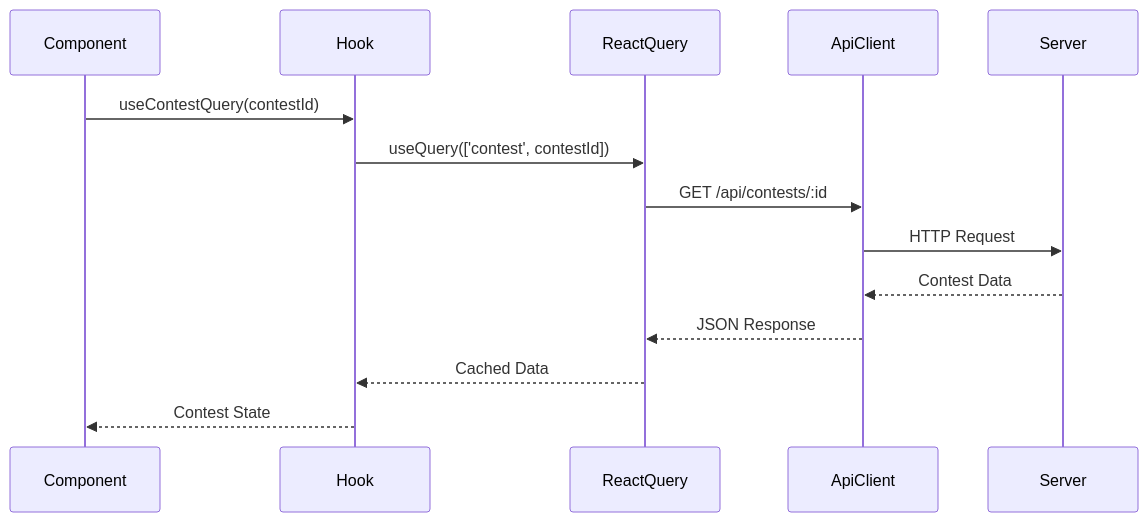
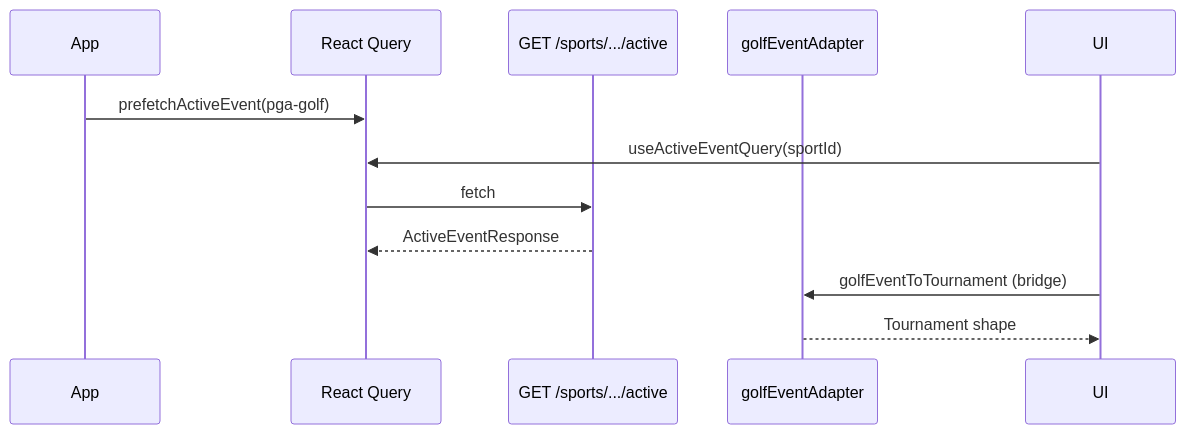
One commit to MagRelo/cut changed the first of 4 diagrams in spec/client/data-flow.md. Above: the diagram before and after it, drawn with Mermaid. The commit also changed other lines of this file and 214 other files, not shown here.

First line of the commit message:
Refactor platform architecture and enhance contest functionality

````diff
--- a/spec/client/data-flow.md
+++ b/spec/client/data-flow.md
@@ -44,17 +36,15 @@
 ```mermaid
 sequenceDiagram
-    participant Component
-    participant Hook
-    participant ReactQuery
-    participant ApiClient
-    participant Server
-    
-    Component->>Hook: useContestQuery(contestId)
-    Hook->>ReactQuery: useQuery(['contest', contestId])
-    ReactQuery->>ApiClient: GET /api/contests/:id
-    ApiClient->>Server: HTTP Request
-    Server-->>ApiClient: Contest Data
-    ApiClient-->>ReactQuery: JSON Response
-    ReactQuery-->>Hook: Cached Data
-    Hook-->>Component: Contest State
+  participant App
+  participant RQ as React Query
+  participant API as GET /sports/.../active
+  participant Adapter as golfEventAdapter
+  participant UI
+
+  App->>RQ: prefetchActiveEvent(pga-golf)
+  UI->>RQ: useActiveEventQuery(sportId)
+  RQ->>API: fetch
+  API-->>RQ: ActiveEventResponse
+  UI->>Adapter: golfEventToTournament (bridge)
+  Adapter-->>UI: Tournament shape
 ```
````
